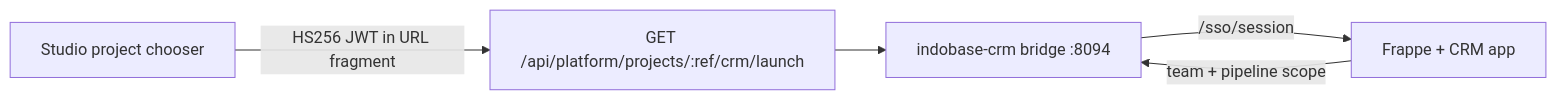
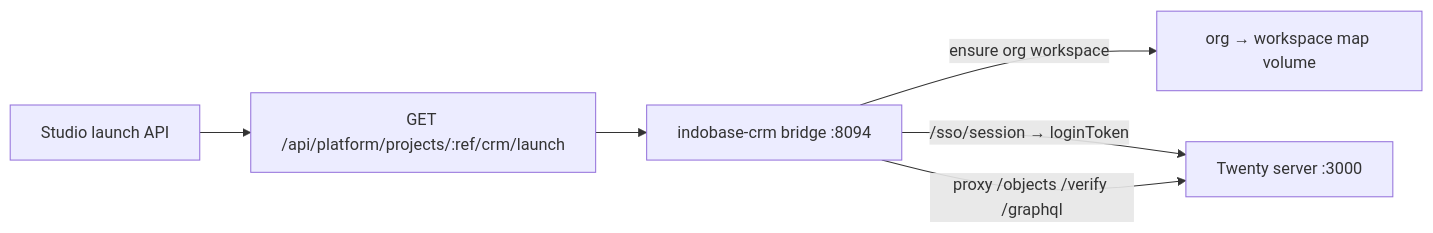
One commit to Indobase/Indobase changed the diagram in docs/INDOBASE-CRM.md. Above: the diagram before and after it, drawn with Mermaid. The commit also changed other lines of this file and 51 other files, not shown here.

First line of the commit message:
Ship ecosystem brand overlays, CRM Twenty cutover, and Studio header fix.

````diff
--- a/docs/INDOBASE-CRM.md
+++ b/docs/INDOBASE-CRM.md
@@ -23,11 +18,12 @@
 ```mermaid
 flowchart LR
-  Studio["Studio project chooser"]
+  Studio["Studio launch API"]
   Launch["GET /api/platform/projects/:ref/crm/launch"]
   Bridge["indobase-crm bridge :8094"]
-  Frappe["Frappe + CRM app"]
-  Studio -->|"HS256 JWT in URL fragment"| Launch
-  Launch --> Bridge
-  Bridge -->|"/sso/session"| Frappe
-  Frappe -->|"team + pipeline scope"| Bridge
+  Map["org → workspace map volume"]
+  Twenty["Twenty server :3000"]
+  Studio --> Launch --> Bridge
+  Bridge -->|"ensure org workspace"| Map
+  Bridge -->|"/sso/session → loginToken"| Twenty
+  Bridge -->|"proxy /objects /verify /graphql"| Twenty
 ```
````
